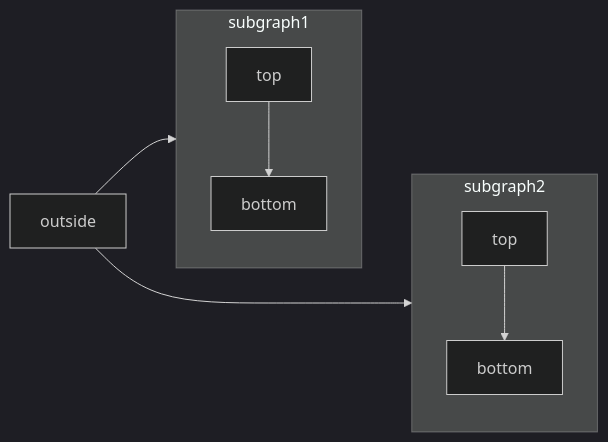
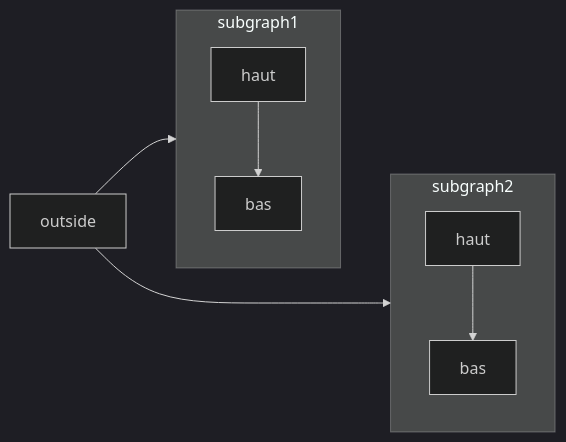
Before and after one commit to mintlify/docs: the diagram in fr/components/mermaid-diagrams.mdx, drawn with Mermaid (dark theme). The commit also changed other lines of this file and 372 other files, not shown here.

````diff
--- a/fr/components/mermaid-diagrams.mdx
+++ b/fr/components/mermaid-diagrams.mdx
@@ -11,18 +11,18 @@
 ```mermaid
   flowchart LR
     subgraph subgraph1
         direction TB
-        top1[top] --> bottom1[bottom]
+        top1[haut] --> bottom1[bas]
     end
     subgraph subgraph2
         direction TB
-        top2[top] --> bottom2[bottom]
+        top2[haut] --> bottom2[bas]
     end
-    %% ^ Ces sous-graphes sont identiques, à l’exception des liens qui y conduisent :
+    %% ^ Ces sous-graphiques sont identiques, à l'exception des liens qui pointent vers eux :
 
-    %% Lien vers subgraph1 : l’orientation de subgraph1 est préservée
+    %% Lien *vers* subgraph1 : la direction de subgraph1 est conservée
     outside --> subgraph1
-    %% Lien à l’intérieur de subgraph2 :
-    %% subgraph2 hérite de l’orientation du graphe de niveau supérieur (LR)
+    %% Lien *à l'intérieur de* subgraph2 :
+    %% subgraph2 hérite de la direction du graphique de niveau supérieur (LR)
     outside ---> top2
 ```
````
